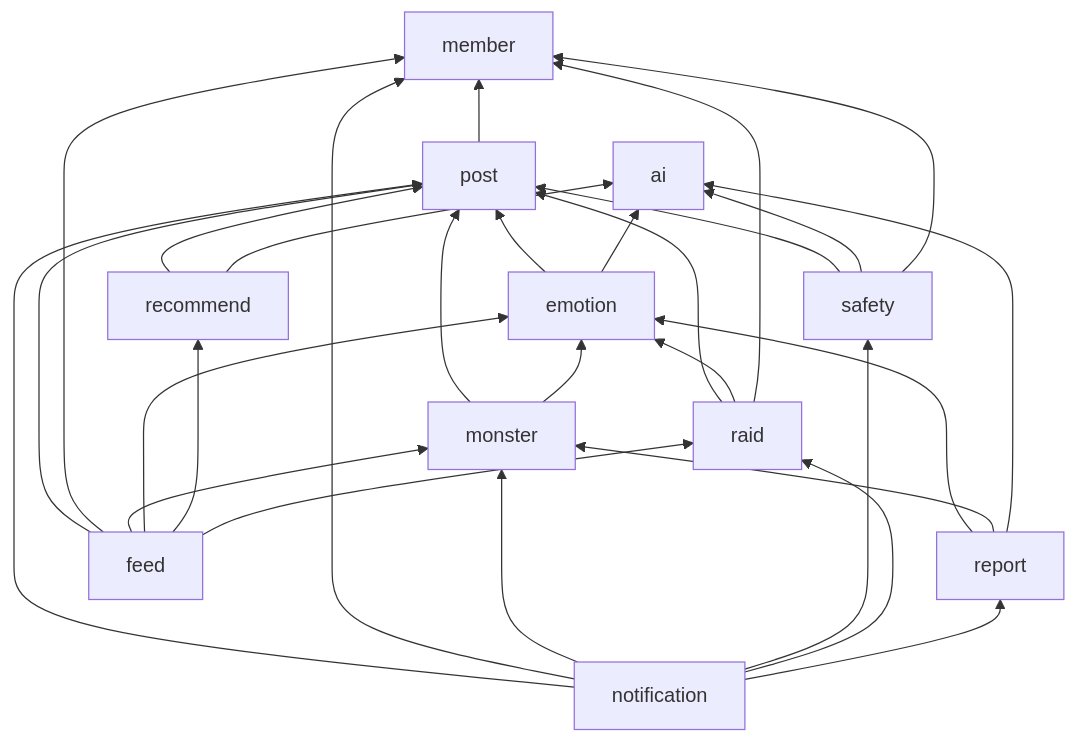
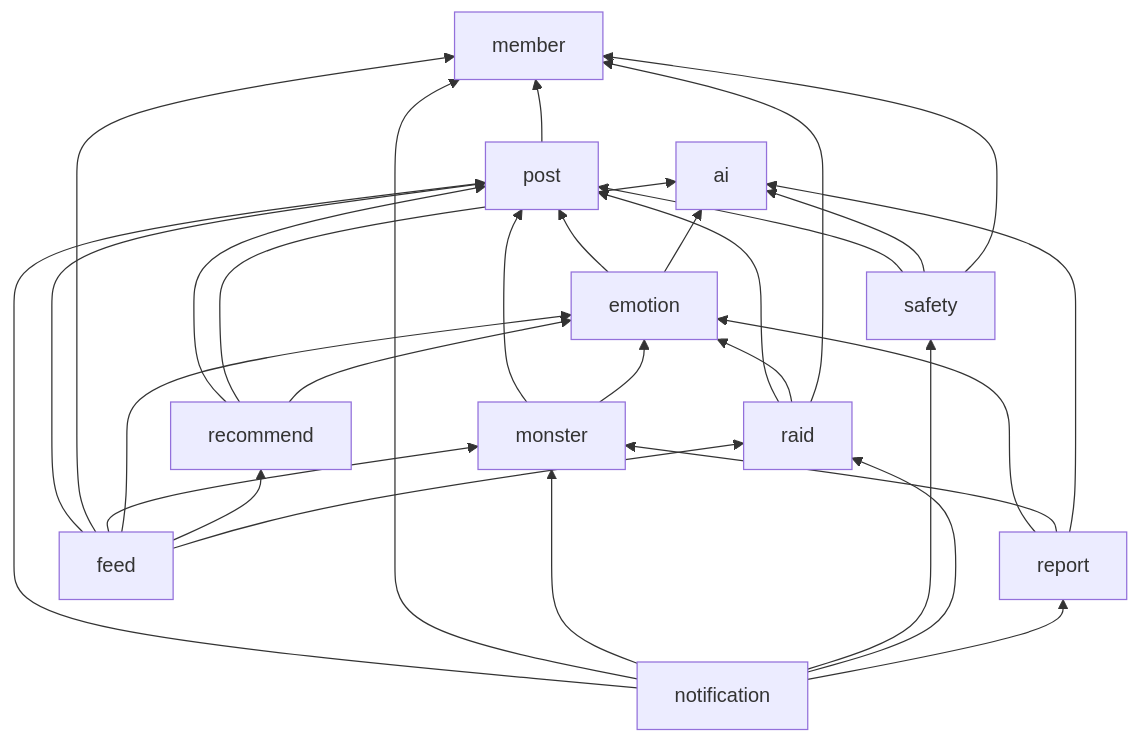
The second of 5 diagrams in docs/architecture/overview.md (hyunolike/5959), drawn with Mermaid before and after one commit. The commit also changed other lines of this file and 64 other files, not shown here.

````diff
--- a/docs/architecture/overview.md
+++ b/docs/architecture/overview.md
@@ -135,31 +135,32 @@
 ```mermaid
 flowchart BT
     post --> member
     emotion --> post
     emotion --> ai
     safety --> post
     safety --> ai
     safety --> member
     recommend --> post
     recommend --> ai
+    recommend --> emotion
     monster --> post
     monster --> emotion
     raid --> post
     raid --> emotion
     raid --> member
     report --> emotion
     report --> monster
     report --> ai
     notification --> post
     notification --> member
     notification --> monster
     notification --> safety
     notification --> raid
     notification --> report
     feed --> post
     feed --> member
     feed --> monster
     feed --> emotion
     feed --> recommend
     feed --> raid
 ```
````
